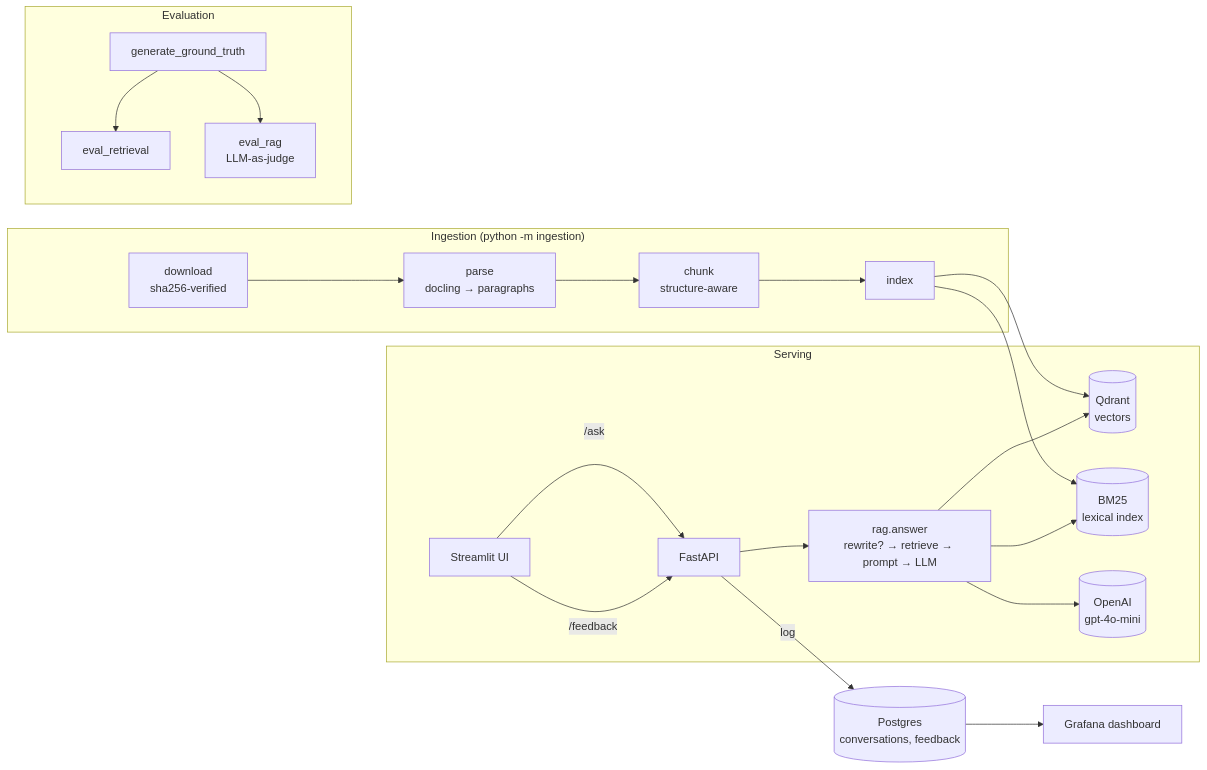
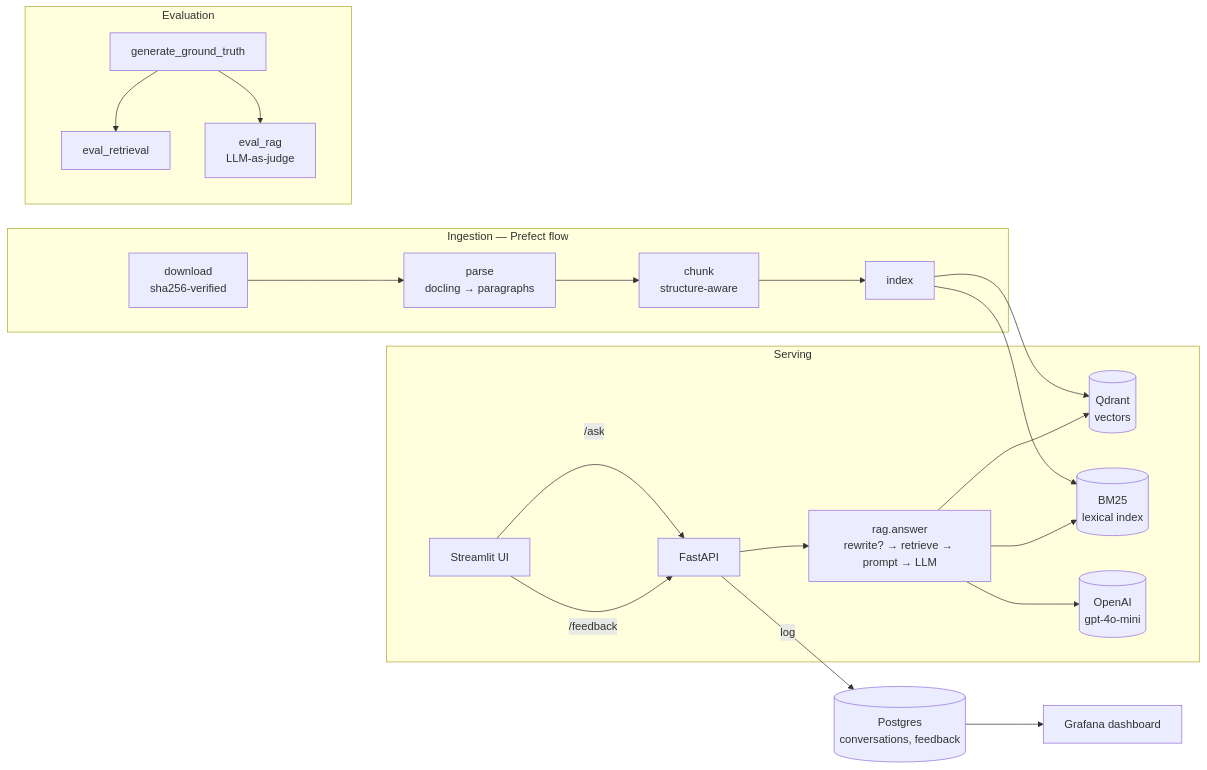
One commit to iocariz/irb-copilot changed the diagram in README.md. Above: the diagram before and after it, drawn with Mermaid. The commit also changed other lines of this file, not shown here.

Commit message:
docs: refresh README (Prefect ingestion, verified CPU-torch image, 73 tests)

````diff
--- a/README.md
+++ b/README.md
@@ -29,27 +29,27 @@
 ```mermaid
 flowchart LR
-    subgraph Ingestion["Ingestion (python -m ingestion)"]
+    subgraph Ingestion["Ingestion — Prefect flow"]
         DL[download<br/>sha256-verified] --> PA[parse<br/>docling → paragraphs]
         PA --> CH[chunk<br/>structure-aware]
         CH --> IX[index]
     end
     IX --> QD[(Qdrant<br/>vectors)]
     IX --> BM[(BM25<br/>lexical index)]
 
     subgraph Serving
         UI[Streamlit UI] -->|/ask| API[FastAPI]
         API --> RAG[rag.answer<br/>rewrite? → retrieve → prompt → LLM]
         RAG --> QD
         RAG --> BM
         RAG --> LLM[(OpenAI<br/>gpt-4o-mini)]
     end
 
     API -->|log| PG[(Postgres<br/>conversations, feedback)]
     UI -->|/feedback| API
     PG --> GF[Grafana dashboard]
 
     subgraph Evaluation
         GT[generate_ground_truth] --> ER[eval_retrieval]
         GT --> RE[eval_rag<br/>LLM-as-judge]
     end
 ```
````
